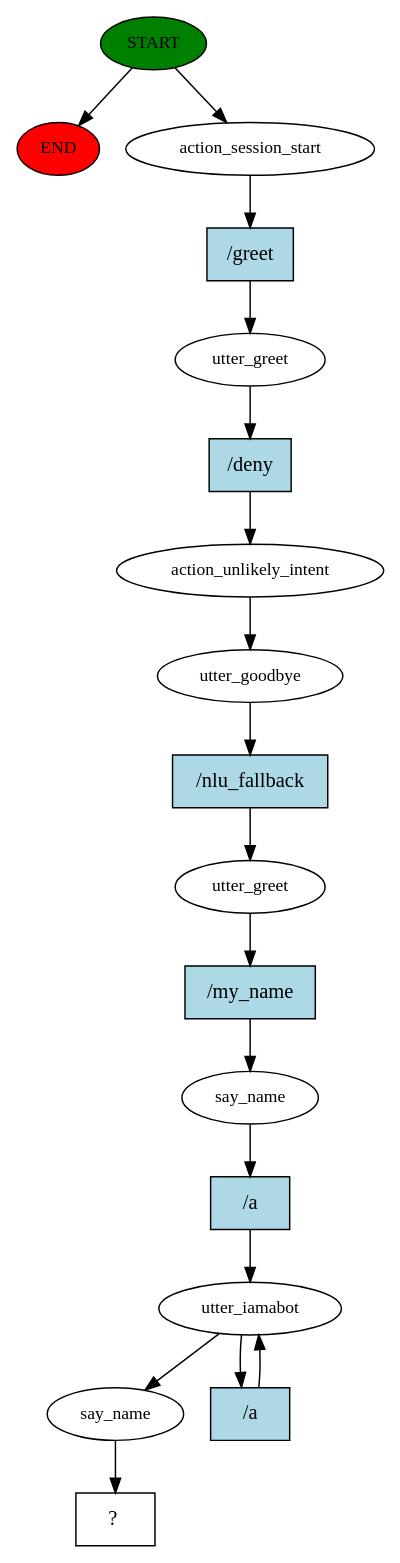
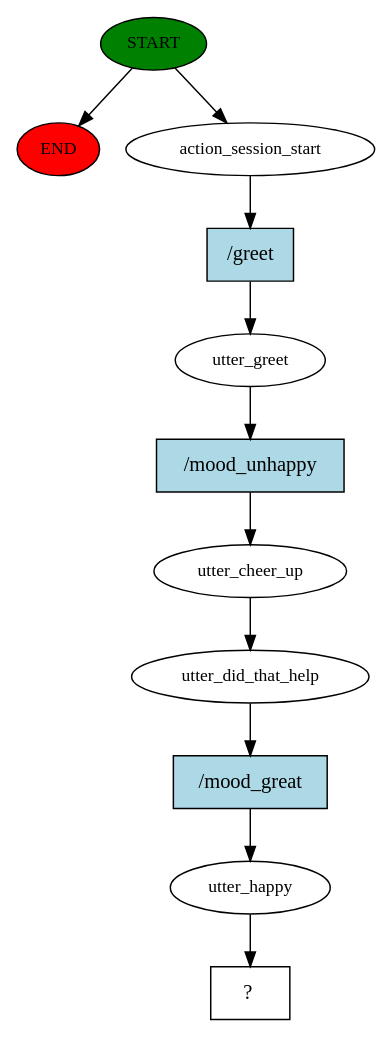
One commit to Buddhima-JD3/Salesmanbot changed the diagram in chatbot/story_graph.dot. Above: the diagram before and after it, drawn with Graphviz. The commit also changed 86 other files, not shown here.

```diff
--- a/chatbot/story_graph.dot
+++ b/chatbot/story_graph.dot
@@ -1,36 +1,23 @@
 digraph  {
 0 [class="start active", fillcolor=green, fontsize=12, label=START, style=filled];
 "-1" [class=end, fillcolor=red, fontsize=12, label=END, style=filled];
 1 [class=active, fontsize=12, label=action_session_start];
 2 [class=active, fontsize=12, label=utter_greet];
-3 [class=active, fontsize=12, label=action_unlikely_intent];
-4 [class=active, fontsize=12, label=utter_goodbye];
-5 [class=active, fontsize=12, label=utter_greet];
-6 [class=active, fontsize=12, label=say_name];
-7 [class=active, fontsize=12, label=utter_iamabot];
-9 [class=active, fontsize=12, label=say_name];
-10 [class="intent dashed active", label="  ?  ", shape=rect];
-11 [class="intent active", fillcolor=lightblue, label="/greet", shape=rect, style=filled];
-12 [class="intent active", fillcolor=lightblue, label="/deny", shape=rect, style=filled];
-13 [class="intent active", fillcolor=lightblue, label="/nlu_fallback", shape=rect, style=filled];
-14 [class="intent active", fillcolor=lightblue, label="/my_name", shape=rect, style=filled];
-15 [class="intent active", fillcolor=lightblue, label="/a", shape=rect, style=filled];
-16 [class="intent active", fillcolor=lightblue, label="/a", shape=rect, style=filled];
+3 [class=active, fontsize=12, label=utter_cheer_up];
+4 [class=active, fontsize=12, label=utter_did_that_help];
+5 [class=active, fontsize=12, label=utter_happy];
+6 [class="intent dashed active", label="  ?  ", shape=rect];
+7 [class="intent active", fillcolor=lightblue, label="/greet", shape=rect, style=filled];
+8 [class="intent active", fillcolor=lightblue, label="/mood_unhappy", shape=rect, style=filled];
+9 [class="intent active", fillcolor=lightblue, label="/mood_great", shape=rect, style=filled];
 0 -> "-1"  [class="", key=NONE, label=""];
 0 -> 1  [class=active, key=NONE, label=""];
-1 -> 11  [class=active, key=0];
-2 -> 12  [class=active, key=0];
+1 -> 7  [class=active, key=0];
+2 -> 8  [class=active, key=0];
 3 -> 4  [class=active, key=NONE, label=""];
-4 -> 13  [class=active, key=0];
-5 -> 14  [class=active, key=0];
-6 -> 15  [class=active, key=0];
-7 -> 9  [class=active, key=NONE, label=""];
-7 -> 16  [class=active, key=0];
-9 -> 10  [class=active, key=NONE, label=""];
-11 -> 2  [class=active, key=0];
-12 -> 3  [class=active, key=0];
-13 -> 5  [class=active, key=0];
-14 -> 6  [class=active, key=0];
-15 -> 7  [class=active, key=0];
-16 -> 7  [class=active, key=0];
+4 -> 9  [class=active, key=0];
+5 -> 6  [class=active, key=NONE, label=""];
+7 -> 2  [class=active, key=0];
+8 -> 3  [class=active, key=0];
+9 -> 5  [class=active, key=0];
 }
```
